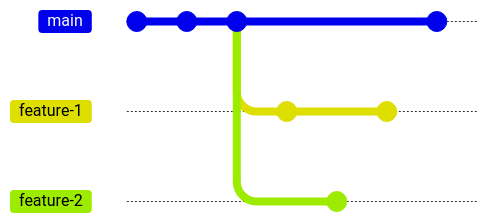
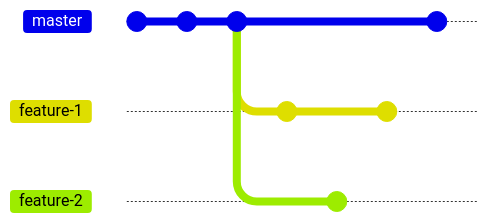
The eighth of 9 diagrams in content/blog/git-basics-en.md (LauYeeYu/homepage), drawn with Mermaid before and after one commit. The commit also changed other lines of this file and 2 other files, not shown here. Commit ids are hidden.

Commit message:
refactor(blog): use `master` instead of `main` as the main branch name

````diff
--- a/content/blog/git-basics-en.md
+++ b/content/blog/git-basics-en.md
@@ -323,15 +329,16 @@
 ```mermaid
+%%{init: {'gitGraph': {'mainBranchName': 'master'}} }%%
 gitGraph
   commit
   commit
   commit
   branch feature-1
   commit
-  checkout main
+  checkout master
   branch feature-2
   commit
   checkout feature-1
   commit
-  checkout main
+  checkout master
   commit
 ```
````
